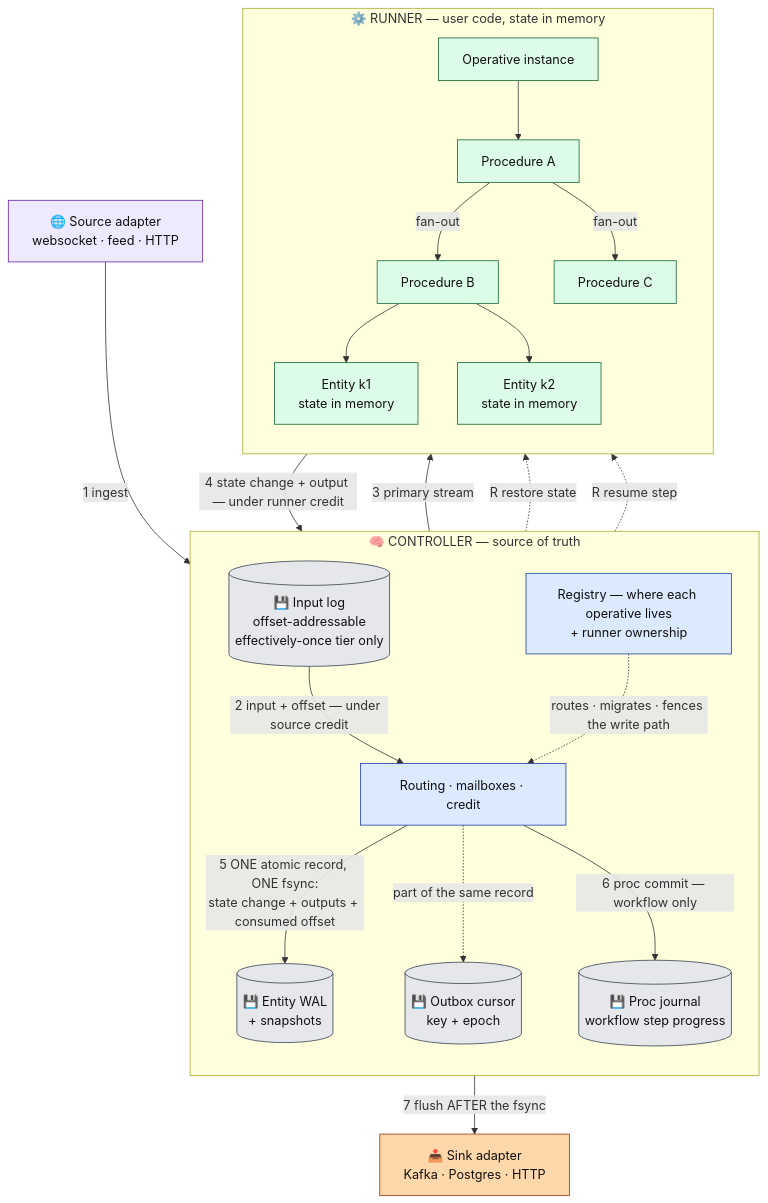
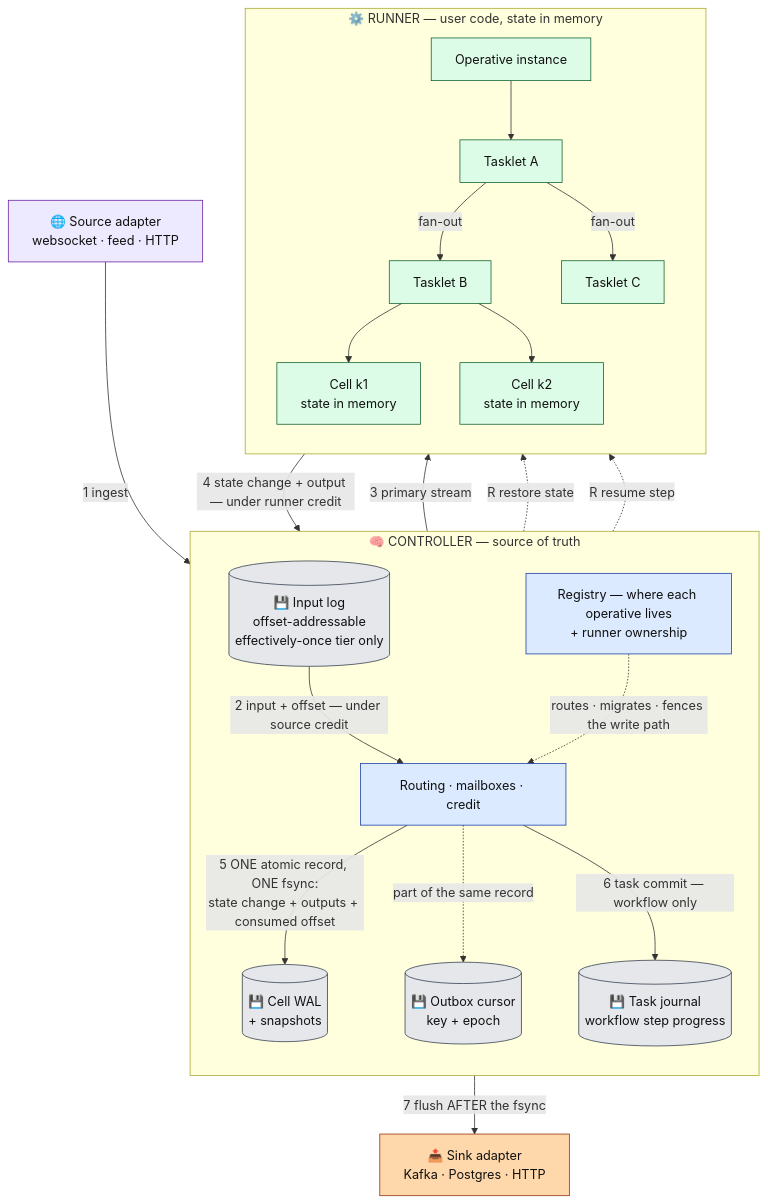
One commit to Flezha/flezha changed the fourth of 9 diagrams in docs/architecture/README.md. Above: the diagram before and after it, drawn with Mermaid. The commit also changed other lines of this file and 604 other files, not shown here.

First line of the commit message:
Rename Procedure to Tasklet and Entity to Cell

````diff
--- a/docs/architecture/README.md
+++ b/docs/architecture/README.md
@@ -175,48 +176,48 @@
 ```mermaid
 flowchart TB
     SRC["🌐 Source adapter<br/>websocket · feed · HTTP"]:::src
     SINK["📤 Sink adapter<br/>Kafka · Postgres · HTTP"]:::sink
 
     subgraph CTRL["🧠 CONTROLLER — source of truth"]
         direction TB
         INLOG[("💾 Input log<br/>offset-addressable<br/>effectively-once tier only")]:::store
         ROUTE["Routing · mailboxes · credit"]:::ctrl
-        WAL[("💾 Entity WAL<br/>+ snapshots")]:::store
-        JRN[("💾 Proc journal<br/>workflow step progress")]:::store
+        WAL[("💾 Cell WAL<br/>+ snapshots")]:::store
+        JRN[("💾 Task journal<br/>workflow step progress")]:::store
         OBX[("💾 Outbox cursor<br/>key + epoch")]:::store
         REG["Registry — where each operative lives<br/>+ runner ownership"]:::ctrl
     end
 
     subgraph EXEC["⚙️ RUNNER — user code, state in memory"]
         direction TB
         OPV["Operative instance"]:::exec
-        OPA["Procedure A"]:::exec
-        OPB["Procedure B"]:::exec
-        OPC["Procedure C"]:::exec
-        SB1["Entity k1<br/>state in memory"]:::exec
-        SB2["Entity k2<br/>state in memory"]:::exec
+        OPA["Tasklet A"]:::exec
+        OPB["Tasklet B"]:::exec
+        OPC["Tasklet C"]:::exec
+        SB1["Cell k1<br/>state in memory"]:::exec
+        SB2["Cell k2<br/>state in memory"]:::exec
         OPV --> OPA
         OPA -->|"fan-out"| OPB
         OPA -->|"fan-out"| OPC
         OPB --> SB1
         OPB --> SB2
     end
 
     SRC -->|"1 ingest"| INLOG
     INLOG -->|"2 input + offset — under source credit"| ROUTE
     ROUTE -->|"3 primary stream"| OPV
     OPV -->|"4 state change + output — under runner credit"| ROUTE
     ROUTE -->|"5 ONE atomic record, ONE fsync:<br/>state change + outputs + consumed offset"| WAL
     ROUTE -.->|"part of the same record"| OBX
-    ROUTE -->|"6 proc commit — workflow only"| JRN
+    ROUTE -->|"6 task commit — workflow only"| JRN
     OBX -->|"7 flush AFTER the fsync"| SINK
     WAL -.->|"R restore state"| OPV
     JRN -.->|"R resume step"| OPV
     REG -.->|"routes · migrates · fences the write path"| ROUTE
 
     classDef ctrl fill:#dbeafe,stroke:#1e40af,color:#111
     classDef exec fill:#dcfce7,stroke:#166534,color:#111
     classDef sink fill:#fed7aa,stroke:#9a3412,color:#111
     classDef src fill:#ede9fe,stroke:#6b21a8,color:#111
     classDef store fill:#e5e7eb,stroke:#374151,color:#111
 ```
````
